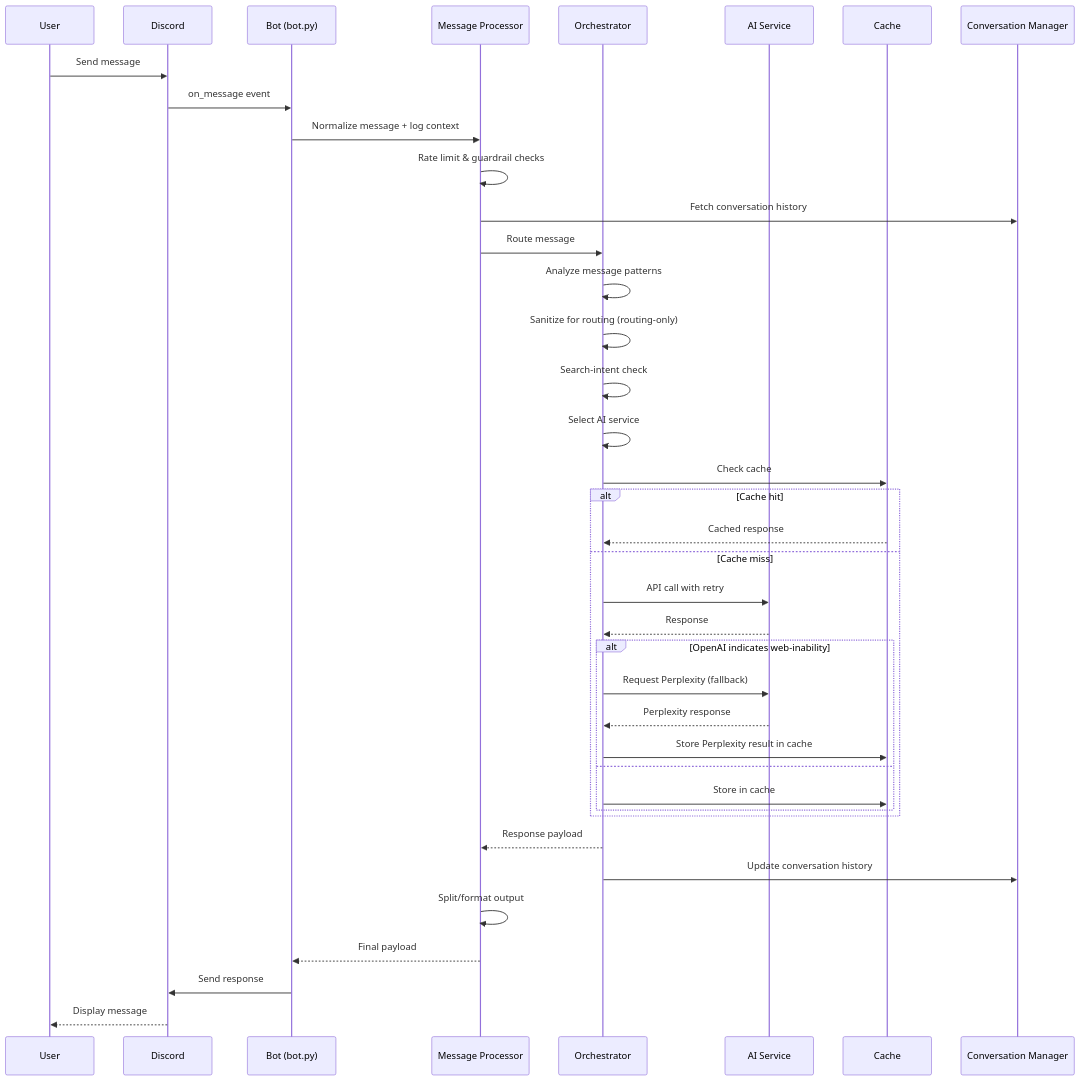
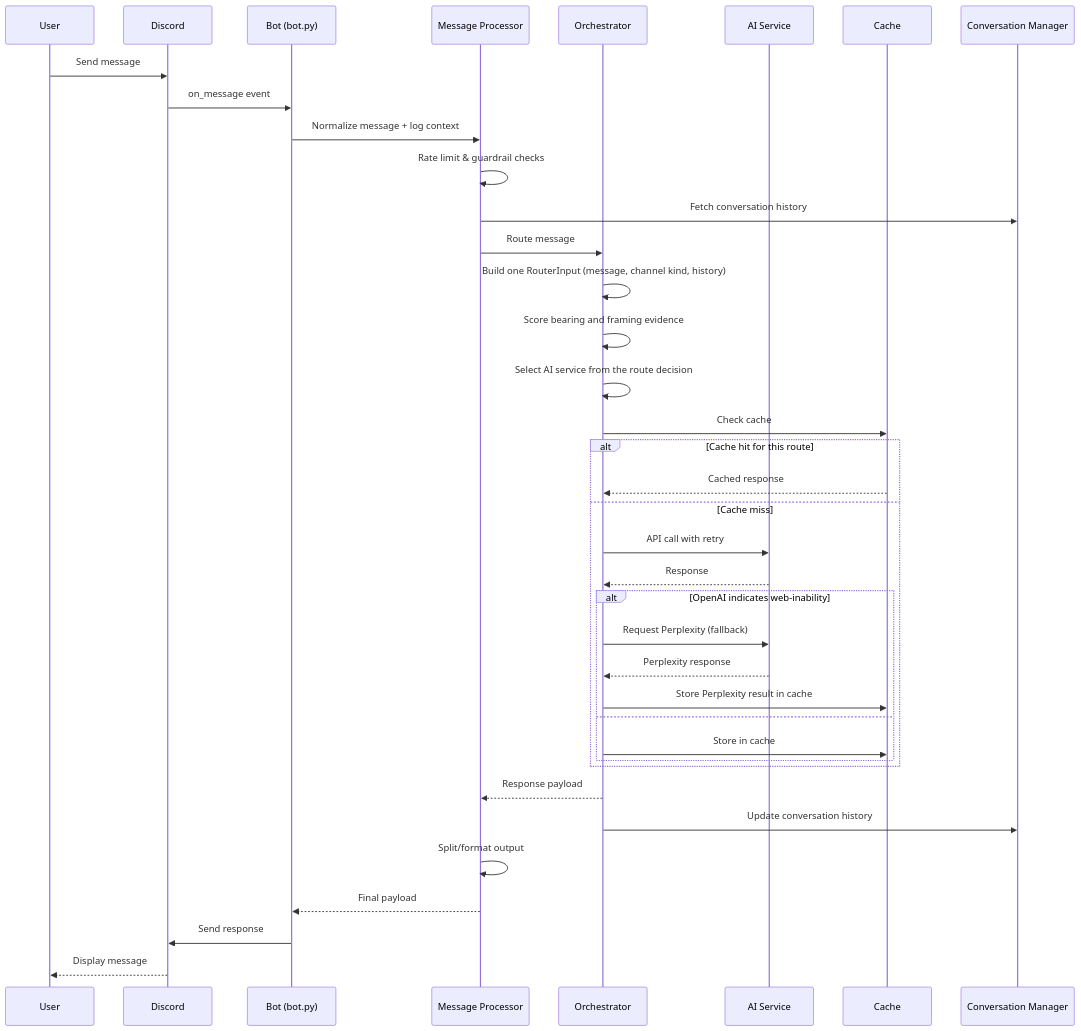
The diagram in docs/Architecture.md (johndotpub/DiscordianAI), drawn with Mermaid before and after one commit. The commit also changed other lines of this file and 33 other files, not shown here.

````diff
--- a/docs/Architecture.md
+++ b/docs/Architecture.md
@@ -101,43 +101,42 @@
 ```mermaid
 sequenceDiagram
     participant U as User
     participant D as Discord
     participant B as Bot (bot.py)
     participant MP as Message Processor
     participant O as Orchestrator
     participant AI as AI Service
     participant C as Cache
     participant CM as Conversation Manager
 
     U->>D: Send message
     D->>B: on_message event
     B->>MP: Normalize message + log context
     MP->>MP: Rate limit & guardrail checks
     MP->>CM: Fetch conversation history
     MP->>O: Route message
-    O->>O: Analyze message patterns
-    O->>O: Sanitize for routing (routing-only)
-    O->>O: Search-intent check
-    O->>O: Select AI service
+    O->>O: Build one RouterInput (message, channel kind, history)
+    O->>O: Score bearing and framing evidence
+    O->>O: Select AI service from the route decision
     O->>C: Check cache
-    alt Cache hit
+    alt Cache hit for this route
         C-->>O: Cached response
     else Cache miss
         O->>AI: API call with retry
         AI-->>O: Response
         %% If OpenAI responded but indicates web-inability, orchestrator reroutes
         alt OpenAI indicates web-inability
             O->>AI: Request Perplexity (fallback)
             AI-->>O: Perplexity response
             O->>C: Store Perplexity result in cache
         else
             O->>C: Store in cache
         end
     end
     O-->>MP: Response payload
     O->>CM: Update conversation history
     MP->>MP: Split/format output
     MP-->>B: Final payload
     B->>D: Send response
     D-->>U: Display message
 ```
````
